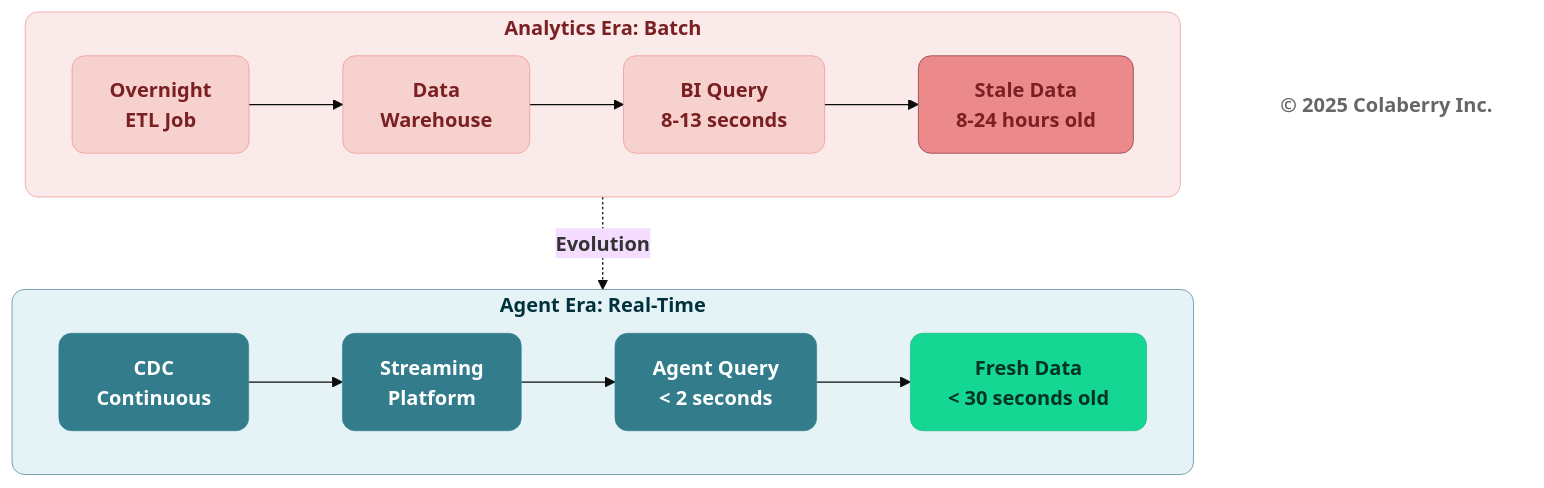
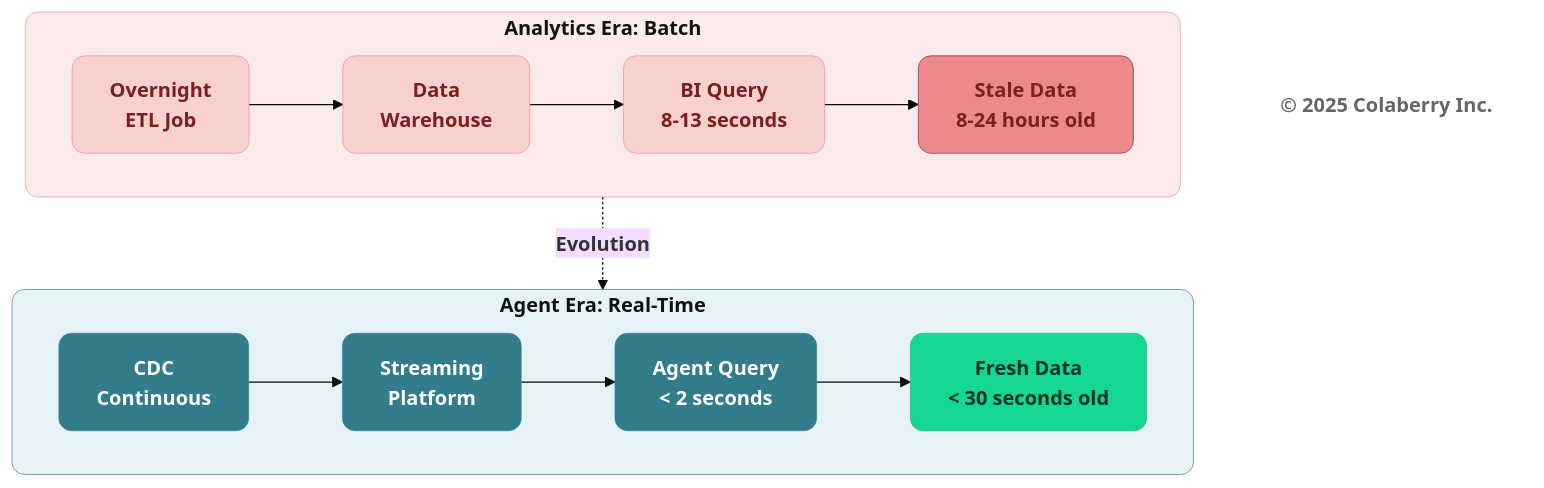
Before and after one commit to saitejesh-cyber/trust-before-intelligence-book: the seventh of 12 diagrams in manuscript/03_chapter_2_inpact_framework.md, drawn with Mermaid (base theme). The commit also changed other lines of this file and 12 other files, not shown here.

````diff
--- a/manuscript/03_chapter_2_inpact_framework.md
+++ b/manuscript/03_chapter_2_inpact_framework.md
@@ -490,35 +490,35 @@
 ```mermaid
 graph TB
     subgraph ERA1["<b>Analytics Era: Batch</b>"]
         direction LR
         A1["<b>Overnight<br/>ETL Job</b>"] --> B1["<b>Data<br/>Warehouse</b>"]
         B1 --> C1["<b>BI Query<br/>8-13 seconds</b>"]
         C1 --> D1["<b>Stale Data<br/>8-24 hours old</b>"]
         
         style D1 fill:#EB898B,color:#7A1F22,stroke:#7A1F22,stroke-width:0.5px,rx:10,ry:10
     end
     
     ERA1 -.->|<b>Evolution</b>| ERA2
     
     subgraph ERA2["<b>Agent Era: Real-Time</b>"]
         direction LR
         A2["<b>CDC<br/>Continuous</b>"] --> B2["<b>Streaming<br/>Platform</b>"]
         B2 --> C2["<b>Agent Query<br/>&lt; 2 seconds</b>"]
         C2 --> D2["<b>Fresh Data<br/>&lt; 30 seconds old</b>"]
         
         style D2 fill:#14D793,color:#003322,stroke:#0FB67D,stroke-width:0.5px,rx:10,ry:10
     end
     
-    style ERA1 fill:#FBEAEA,stroke:#EB898B,stroke-width:0.5px,color:#7A1F22,rx:10,ry:10
+    style ERA1 fill:#FBEAEA,stroke:#EB898B,stroke-width:0.5px,color:#121212,rx:10,ry:10
     style A1 fill:#F6D1CE,stroke:#EB898B,stroke-width:0.5px,color:#7A1F22,rx:10,ry:10
     style B1 fill:#F6D1CE,stroke:#EB898B,stroke-width:0.5px,color:#7A1F22,rx:10,ry:10
     style C1 fill:#F6D1CE,stroke:#EB898B,stroke-width:0.5px,color:#7A1F22,rx:10,ry:10
     
-    style ERA2 fill:#E6F3F6,stroke:#32738C,stroke-width:0.5px,color:#00323D,rx:10,ry:10
+    style ERA2 fill:#E6F3F6,stroke:#32738C,stroke-width:0.5px,color:#121212,rx:10,ry:10
     style A2 fill:#327C8C,stroke:#30838C,stroke-width:0.5px,color:#ffffff,rx:10,ry:10
     style B2 fill:#327C8C,stroke:#30838C,stroke-width:0.5px,color:#ffffff,rx:10,ry:10
     style C2 fill:#327C8C,stroke:#30838C,stroke-width:0.5px,color:#ffffff,rx:10,ry:10
     
     Copyright["<b>© 2025 Colaberry Inc.</b>"]
     style Copyright fill:none,stroke:none,color:#666666
 ```
````
